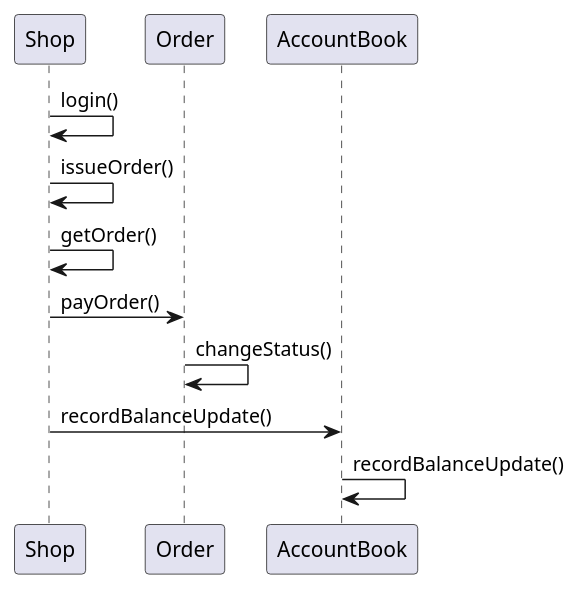
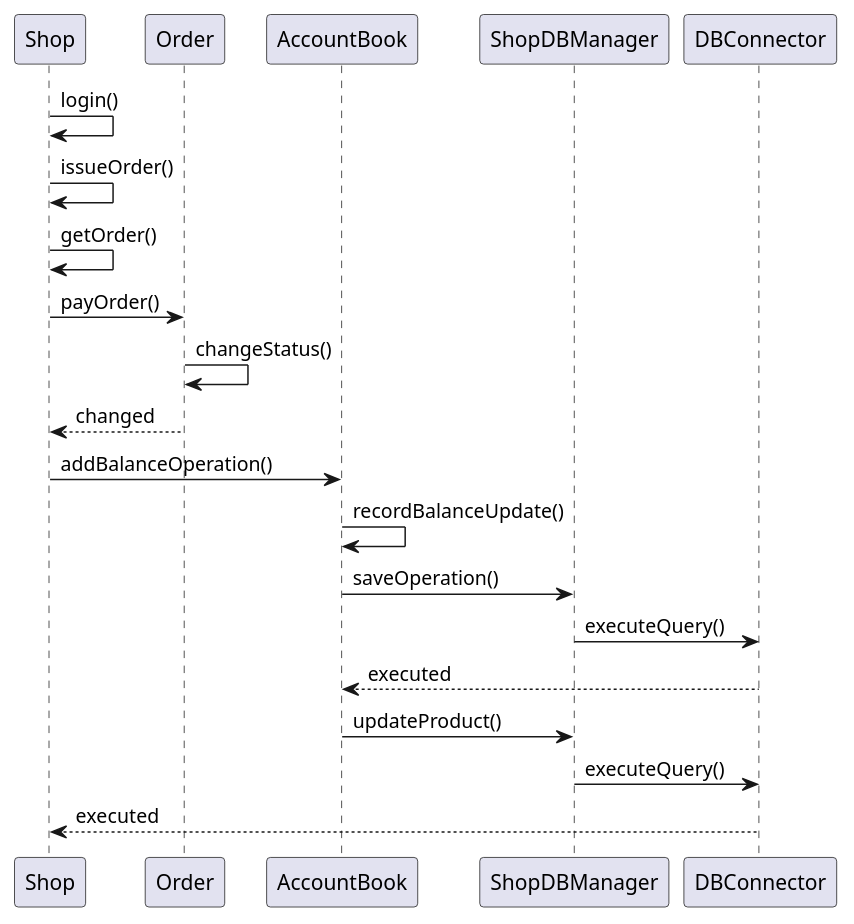
One commit to Ralls0/ezshop changed the fourth of 9 diagrams in Deliverables/DesignDocument.md. Above: the diagram before and after it, drawn with PlantUML. The commit also changed other lines of this file, not shown here.

Commit message:
Update Verification sequence diagram

````diff
--- a/Deliverables/DesignDocument.md
+++ b/Deliverables/DesignDocument.md
@@ -365,9 +368,16 @@
 ```plantuml
 Shop -> Shop : login()
 Shop -> Shop : issueOrder()
 Shop -> Shop : getOrder()
 Shop -> Order : payOrder()
 Order -> Order: changeStatus()
-Shop -> AccountBook : recordBalanceUpdate()
+Order --> Shop: changed
+Shop -> AccountBook : addBalanceOperation()
 AccountBook -> AccountBook : recordBalanceUpdate()
+AccountBook -> ShopDBManager : saveOperation()
+ShopDBManager -> DBConnector : executeQuery()
+DBConnector --> AccountBook : executed
+AccountBook -> ShopDBManager : updateProduct()
+ShopDBManager -> DBConnector : executeQuery()
+DBConnector --> Shop : executed
 ```
````
